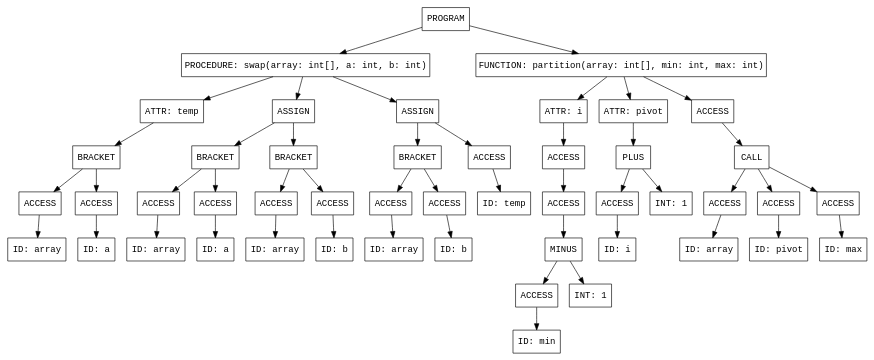
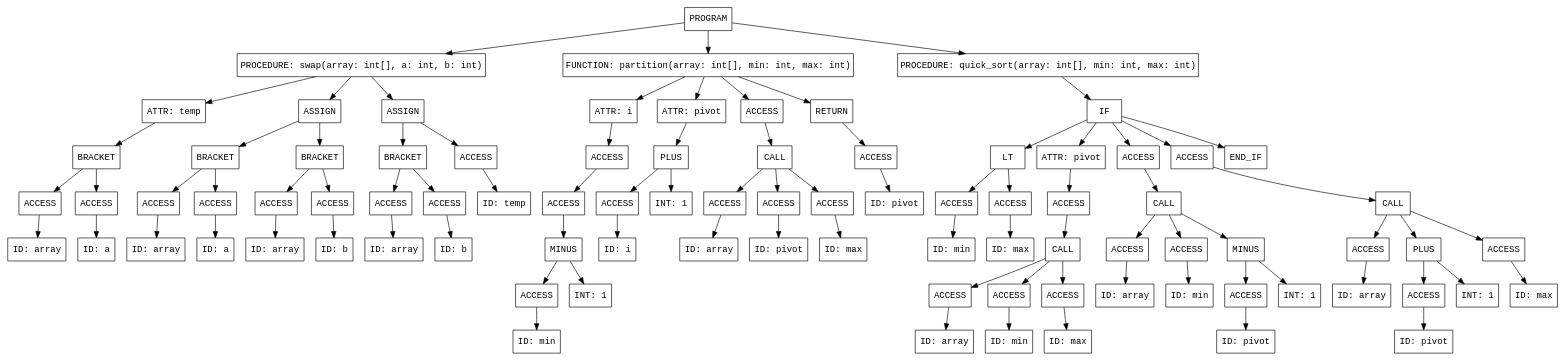
One commit to L-Marcel/texty changed the diagram in examples/02_function/function.dot. Above: the diagram before and after it, drawn with Graphviz. The commit also changed 25 other files, not shown here.

```diff
--- a/examples/02_function/function.dot
+++ b/examples/02_function/function.dot
@@ -1,98 +1,178 @@
 digraph AST {
   node [shape=box, fontname="Courier"];
-  "0x5555818a5390" [label="PROGRAM"];
-  "0x5555818a5390" -> "0x5555818a5fb0";
-  "0x5555818a5fb0" [label="PROCEDURE: swap(array: int[], a: int, b: int)"];
-  "0x5555818a5fb0" -> "0x5555818a5700";
-  "0x5555818a5700" [label="ATTR: temp"];
-  "0x5555818a5700" -> "0x5555818a5690";
-  "0x5555818a5690" [label="BRACKET"];
-  "0x5555818a5690" -> "0x5555818a5400";
-  "0x5555818a5400" [label="ACCESS"];
-  "0x5555818a5400" -> "0x5555818a55d0";
-  "0x5555818a55d0" [label="ID: array"];
-  "0x5555818a5690" -> "0x5555818a5470";
-  "0x5555818a5470" [label="ACCESS"];
-  "0x5555818a5470" -> "0x5555818a5630";
-  "0x5555818a5630" [label="ID: a"];
-  "0x5555818a5fb0" -> "0x5555818a5bb0";
-  "0x5555818a5bb0" [label="ASSIGN"];
-  "0x5555818a5bb0" -> "0x5555818a5930";
-  "0x5555818a5930" [label="BRACKET"];
-  "0x5555818a5930" -> "0x5555818a57f0";
-  "0x5555818a57f0" [label="ACCESS"];
-  "0x5555818a57f0" -> "0x5555818a5790";
-  "0x5555818a5790" [label="ID: array"];
-  "0x5555818a5930" -> "0x5555818a58c0";
-  "0x5555818a58c0" [label="ACCESS"];
-  "0x5555818a58c0" -> "0x5555818a5860";
-  "0x5555818a5860" [label="ID: a"];
-  "0x5555818a5bb0" -> "0x5555818a5b40";
-  "0x5555818a5b40" [label="BRACKET"];
-  "0x5555818a5b40" -> "0x5555818a5a00";
-  "0x5555818a5a00" [label="ACCESS"];
-  "0x5555818a5a00" -> "0x5555818a59a0";
-  "0x5555818a59a0" [label="ID: array"];
-  "0x5555818a5b40" -> "0x5555818a5ad0";
-  "0x5555818a5ad0" [label="ACCESS"];
-  "0x5555818a5ad0" -> "0x5555818a5a70";
-  "0x5555818a5a70" [label="ID: b"];
-  "0x5555818a5fb0" -> "0x5555818a5f40";
-  "0x5555818a5f40" [label="ASSIGN"];
-  "0x5555818a5f40" -> "0x5555818a5e00";
-  "0x5555818a5e00" [label="BRACKET"];
-  "0x5555818a5e00" -> "0x5555818a5cc0";
-  "0x5555818a5cc0" [label="ACCESS"];
-  "0x5555818a5cc0" -> "0x5555818a5c60";
-  "0x5555818a5c60" [label="ID: array"];
-  "0x5555818a5e00" -> "0x5555818a5d90";
-  "0x5555818a5d90" [label="ACCESS"];
-  "0x5555818a5d90" -> "0x5555818a5d30";
-  "0x5555818a5d30" [label="ID: b"];
-  "0x5555818a5f40" -> "0x5555818a5ed0";
-  "0x5555818a5ed0" [label="ACCESS"];
-  "0x5555818a5ed0" -> "0x5555818a5e70";
-  "0x5555818a5e70" [label="ID: temp"];
-  "0x5555818a5390" -> "0x5555818a6b70";
-  "0x5555818a6b70" [label="FUNCTION: partition(array: int[], min: int, max: int)"];
-  "0x5555818a6b70" -> "0x5555818a6440";
-  "0x5555818a6440" [label="ATTR: i"];
-  "0x5555818a6440" -> "0x5555818a6270";
-  "0x5555818a6270" [label="ACCESS"];
-  "0x5555818a6270" -> "0x5555818a63e0";
-  "0x5555818a63e0" [label="ACCESS"];
-  "0x5555818a63e0" -> "0x5555818a6380";
-  "0x5555818a6380" [label="MINUS"];
-  "0x5555818a6380" -> "0x5555818a6200";
-  "0x5555818a6200" [label="ACCESS"];
-  "0x5555818a6200" -> "0x5555818a6320";
-  "0x5555818a6320" [label="ID: min"];
-  "0x5555818a6380" -> "0x5555818a6190";
-  "0x5555818a6190" [label="INT: 1"];
-  "0x5555818a6b70" -> "0x5555818a6670";
-  "0x5555818a6670" [label="ATTR: pivot"];
-  "0x5555818a6670" -> "0x5555818a6610";
-  "0x5555818a6610" [label="PLUS"];
-  "0x5555818a6610" -> "0x5555818a6550";
-  "0x5555818a6550" [label="ACCESS"];
-  "0x5555818a6550" -> "0x5555818a64f0";
-  "0x5555818a64f0" [label="ID: i"];
-  "0x5555818a6610" -> "0x5555818a65c0";
-  "0x5555818a65c0" [label="INT: 1"];
-  "0x5555818a6b70" -> "0x5555818a6b00";
-  "0x5555818a6b00" [label="ACCESS"];
-  "0x5555818a6b00" -> "0x5555818a6a80";
-  "0x5555818a6a80" [label="CALL"];
-  "0x5555818a6a80" -> "0x5555818a6850";
-  "0x5555818a6850" [label="ACCESS"];
-  "0x5555818a6850" -> "0x5555818a67f0";
-  "0x5555818a67f0" [label="ID: array"];
-  "0x5555818a6a80" -> "0x5555818a6920";
-  "0x5555818a6920" [label="ACCESS"];
-  "0x5555818a6920" -> "0x5555818a68c0";
-  "0x5555818a68c0" [label="ID: pivot"];
-  "0x5555818a6a80" -> "0x5555818a6a10";
-  "0x5555818a6a10" [label="ACCESS"];
-  "0x5555818a6a10" -> "0x5555818a69b0";
-  "0x5555818a69b0" [label="ID: max"];
+  "0x55558e133420" [label="PROGRAM"];
+  "0x55558e133420" -> "0x55558e134040";
+  "0x55558e134040" [label="PROCEDURE: swap(array: int[], a: int, b: int)"];
+  "0x55558e134040" -> "0x55558e133790";
+  "0x55558e133790" [label="ATTR: temp"];
+  "0x55558e133790" -> "0x55558e133720";
+  "0x55558e133720" [label="BRACKET"];
+  "0x55558e133720" -> "0x55558e133490";
+  "0x55558e133490" [label="ACCESS"];
+  "0x55558e133490" -> "0x55558e133660";
+  "0x55558e133660" [label="ID: array"];
+  "0x55558e133720" -> "0x55558e133500";
+  "0x55558e133500" [label="ACCESS"];
+  "0x55558e133500" -> "0x55558e1336c0";
+  "0x55558e1336c0" [label="ID: a"];
+  "0x55558e134040" -> "0x55558e133c40";
+  "0x55558e133c40" [label="ASSIGN"];
+  "0x55558e133c40" -> "0x55558e1339c0";
+  "0x55558e1339c0" [label="BRACKET"];
+  "0x55558e1339c0" -> "0x55558e133880";
+  "0x55558e133880" [label="ACCESS"];
+  "0x55558e133880" -> "0x55558e133820";
+  "0x55558e133820" [label="ID: array"];
+  "0x55558e1339c0" -> "0x55558e133950";
+  "0x55558e133950" [label="ACCESS"];
+  "0x55558e133950" -> "0x55558e1338f0";
+  "0x55558e1338f0" [label="ID: a"];
+  "0x55558e133c40" -> "0x55558e133bd0";
+  "0x55558e133bd0" [label="BRACKET"];
+  "0x55558e133bd0" -> "0x55558e133a90";
+  "0x55558e133a90" [label="ACCESS"];
+  "0x55558e133a90" -> "0x55558e133a30";
+  "0x55558e133a30" [label="ID: array"];
+  "0x55558e133bd0" -> "0x55558e133b60";
+  "0x55558e133b60" [label="ACCESS"];
+  "0x55558e133b60" -> "0x55558e133b00";
+  "0x55558e133b00" [label="ID: b"];
+  "0x55558e134040" -> "0x55558e133fd0";
+  "0x55558e133fd0" [label="ASSIGN"];
+  "0x55558e133fd0" -> "0x55558e133e90";
+  "0x55558e133e90" [label="BRACKET"];
+  "0x55558e133e90" -> "0x55558e133d50";
+  "0x55558e133d50" [label="ACCESS"];
+  "0x55558e133d50" -> "0x55558e133cf0";
+  "0x55558e133cf0" [label="ID: array"];
+  "0x55558e133e90" -> "0x55558e133e20";
+  "0x55558e133e20" [label="ACCESS"];
+  "0x55558e133e20" -> "0x55558e133dc0";
+  "0x55558e133dc0" [label="ID: b"];
+  "0x55558e133fd0" -> "0x55558e133f60";
+  "0x55558e133f60" [label="ACCESS"];
+  "0x55558e133f60" -> "0x55558e133f00";
+  "0x55558e133f00" [label="ID: temp"];
+  "0x55558e133420" -> "0x55558e134d30";
+  "0x55558e134d30" [label="FUNCTION: partition(array: int[], min: int, max: int)"];
+  "0x55558e134d30" -> "0x55558e1344d0";
+  "0x55558e1344d0" [label="ATTR: i"];
+  "0x55558e1344d0" -> "0x55558e134300";
+  "0x55558e134300" [label="ACCESS"];
+  "0x55558e134300" -> "0x55558e134470";
+  "0x55558e134470" [label="ACCESS"];
+  "0x55558e134470" -> "0x55558e134410";
+  "0x55558e134410" [label="MINUS"];
+  "0x55558e134410" -> "0x55558e134290";
+  "0x55558e134290" [label="ACCESS"];
+  "0x55558e134290" -> "0x55558e1343b0";
+  "0x55558e1343b0" [label="ID: min"];
+  "0x55558e134410" -> "0x55558e134220";
+  "0x55558e134220" [label="INT: 1"];
+  "0x55558e134d30" -> "0x55558e134700";
+  "0x55558e134700" [label="ATTR: pivot"];
+  "0x55558e134700" -> "0x55558e1346a0";
+  "0x55558e1346a0" [label="PLUS"];
+  "0x55558e1346a0" -> "0x55558e1345e0";
+  "0x55558e1345e0" [label="ACCESS"];
+  "0x55558e1345e0" -> "0x55558e134580";
+  "0x55558e134580" [label="ID: i"];
+  "0x55558e1346a0" -> "0x55558e134650";
+  "0x55558e134650" [label="INT: 1"];
+  "0x55558e134d30" -> "0x55558e134b90";
+  "0x55558e134b90" [label="ACCESS"];
+  "0x55558e134b90" -> "0x55558e134b10";
+  "0x55558e134b10" [label="CALL"];
+  "0x55558e134b10" -> "0x55558e1348e0";
+  "0x55558e1348e0" [label="ACCESS"];
+  "0x55558e1348e0" -> "0x55558e134880";
+  "0x55558e134880" [label="ID: array"];
+  "0x55558e134b10" -> "0x55558e1349b0";
+  "0x55558e1349b0" [label="ACCESS"];
+  "0x55558e1349b0" -> "0x55558e134950";
+  "0x55558e134950" [label="ID: pivot"];
+  "0x55558e134b10" -> "0x55558e134aa0";
+  "0x55558e134aa0" [label="ACCESS"];
+  "0x55558e134aa0" -> "0x55558e134a40";
+  "0x55558e134a40" [label="ID: max"];
+  "0x55558e134d30" -> "0x55558e134cd0";
+  "0x55558e134cd0" [label="RETURN"];
+  "0x55558e134cd0" -> "0x55558e134c60";
+  "0x55558e134c60" [label="ACCESS"];
+  "0x55558e134c60" -> "0x55558e134c00";
+  "0x55558e134c00" [label="ID: pivot"];
+  "0x55558e133420" -> "0x55558e1360e0";
+  "0x55558e1360e0" [label="PROCEDURE: quick_sort(array: int[], min: int, max: int)"];
+  "0x55558e1360e0" -> "0x55558e136050";
+  "0x55558e136050" [label="IF"];
+  "0x55558e136050" -> "0x55558e135070";
+  "0x55558e135070" [label="LT"];
+  "0x55558e135070" -> "0x55558e134ed0";
+  "0x55558e134ed0" [label="ACCESS"];
+  "0x55558e134ed0" -> "0x55558e134fb0";
+  "0x55558e134fb0" [label="ID: min"];
+  "0x55558e135070" -> "0x55558e134f40";
+  "0x55558e134f40" [label="ACCESS"];
+  "0x55558e134f40" -> "0x55558e135010";
+  "0x55558e135010" [label="ID: max"];
+  "0x55558e136050" -> "0x55558e135580";
+  "0x55558e135580" [label="ATTR: pivot"];
+  "0x55558e135580" -> "0x55558e135510";
+  "0x55558e135510" [label="ACCESS"];
+  "0x55558e135510" -> "0x55558e135490";
+  "0x55558e135490" [label="CALL"];
+  "0x55558e135490" -> "0x55558e135220";
+  "0x55558e135220" [label="ACCESS"];
+  "0x55558e135220" -> "0x55558e1351c0";
+  "0x55558e1351c0" [label="ID: array"];
+  "0x55558e135490" -> "0x55558e135310";
+  "0x55558e135310" [label="ACCESS"];
+  "0x55558e135310" -> "0x55558e1352b0";
+  "0x55558e1352b0" [label="ID: min"];
+  "0x55558e135490" -> "0x55558e135420";
+  "0x55558e135420" [label="ACCESS"];
+  "0x55558e135420" -> "0x55558e1353c0";
+  "0x55558e1353c0" [label="ID: max"];
+  "0x55558e136050" -> "0x55558e135a50";
+  "0x55558e135a50" [label="ACCESS"];
+  "0x55558e135a50" -> "0x55558e1359d0";
+  "0x55558e1359d0" [label="CALL"];
+  "0x55558e1359d0" -> "0x55558e135720";
+  "0x55558e135720" [label="ACCESS"];
+  "0x55558e135720" -> "0x55558e1356c0";
+  "0x55558e1356c0" [label="ID: array"];
+  "0x55558e1359d0" -> "0x55558e1357f0";
+  "0x55558e1357f0" [label="ACCESS"];
+  "0x55558e1357f0" -> "0x55558e135790";
+  "0x55558e135790" [label="ID: min"];
+  "0x55558e1359d0" -> "0x55558e135970";
+  "0x55558e135970" [label="MINUS"];
+  "0x55558e135970" -> "0x55558e135900";
+  "0x55558e135900" [label="ACCESS"];
+  "0x55558e135900" -> "0x55558e1358a0";
+  "0x55558e1358a0" [label="ID: pivot"];
+  "0x55558e135970" -> "0x55558e134e80";
+  "0x55558e134e80" [label="INT: 1"];
+  "0x55558e136050" -> "0x55558e135f50";
+  "0x55558e135f50" [label="ACCESS"];
+  "0x55558e135f50" -> "0x55558e135ed0";
+  "0x55558e135ed0" [label="CALL"];
+  "0x55558e135ed0" -> "0x55558e135bf0";
+  "0x55558e135bf0" [label="ACCESS"];
+  "0x55558e135bf0" -> "0x55558e135b90";
+  "0x55558e135b90" [label="ID: array"];
+  "0x55558e135ed0" -> "0x55558e135d80";
+  "0x55558e135d80" [label="PLUS"];
+  "0x55558e135d80" -> "0x55558e135cc0";
+  "0x55558e135cc0" [label="ACCESS"];
+  "0x55558e135cc0" -> "0x55558e135c60";
+  "0x55558e135c60" [label="ID: pivot"];
+  "0x55558e135d80" -> "0x55558e135d30";
+  "0x55558e135d30" [label="INT: 1"];
+  "0x55558e135ed0" -> "0x55558e135e60";
+  "0x55558e135e60" [label="ACCESS"];
+  "0x55558e135e60" -> "0x55558e135e00";
+  "0x55558e135e00" [label="ID: max"];
+  "0x55558e136050" -> "0x55558e135fc0";
+  "0x55558e135fc0" [label="END_IF"];
 }
```
